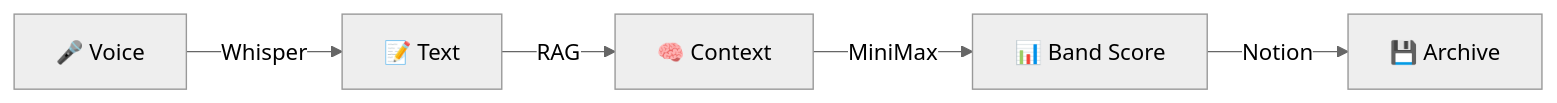
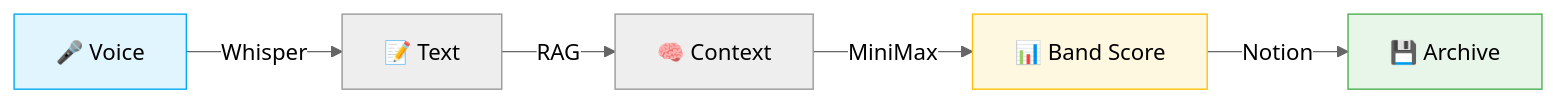
Before and after one commit to KaichenCurry/ielts-speaking-ai: the fifth of 11 diagrams in README_en.md, drawn with Mermaid (neutral theme). The commit also changed other lines of this file and 1 other file, not shown here.

First line of the commit message:
Convert all ASCII diagrams to Mermaid flowcharts

````diff
--- a/README_en.md
+++ b/README_en.md
@@ -161,7 +183,11 @@
 ```mermaid
 flowchart LR
     A["🎤 Voice"] -->|Whisper| B["📝 Text"]
     B -->|RAG| C["🧠 Context"]
     C -->|MiniMax| D["📊 Band Score"]
     D -->|Notion| E["💾 Archive"]
+
+    style A fill:#e1f5fe,stroke:#03a9f4
+    style D fill:#fff8e1,stroke:#ffc107
+    style E fill:#e8f5e9,stroke:#4caf50
 ```
````
